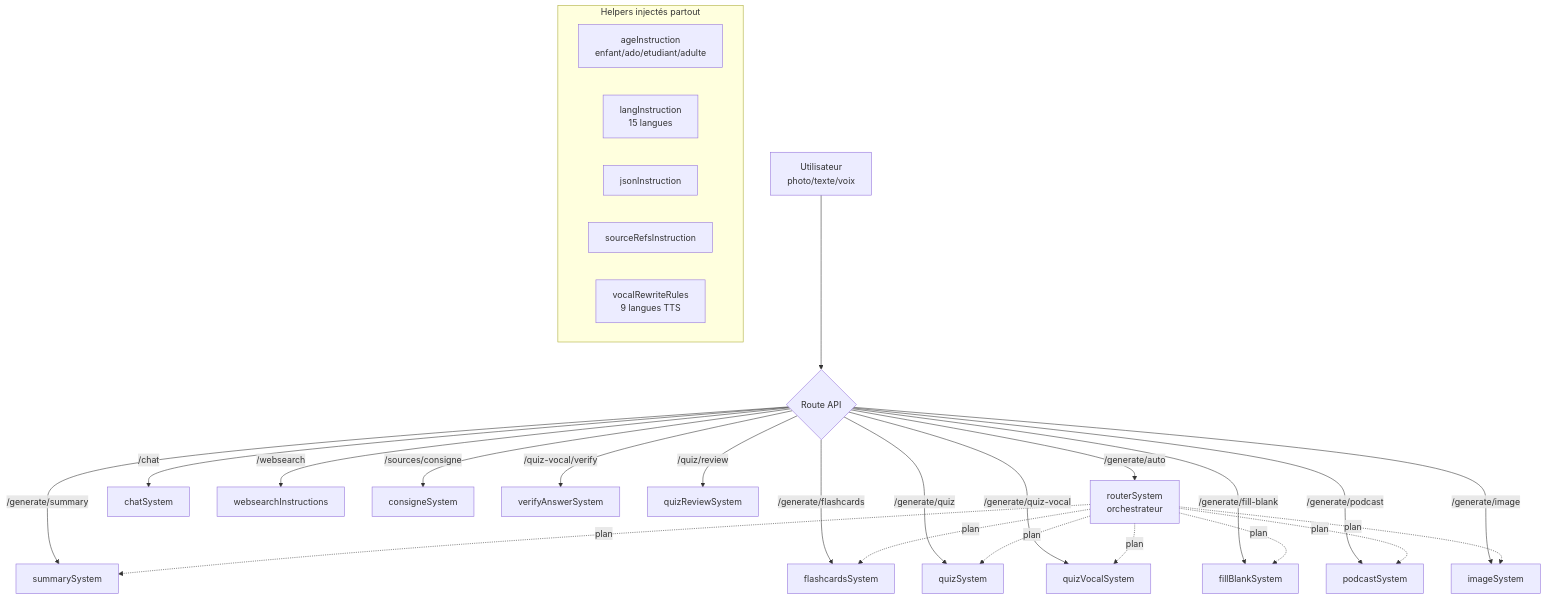
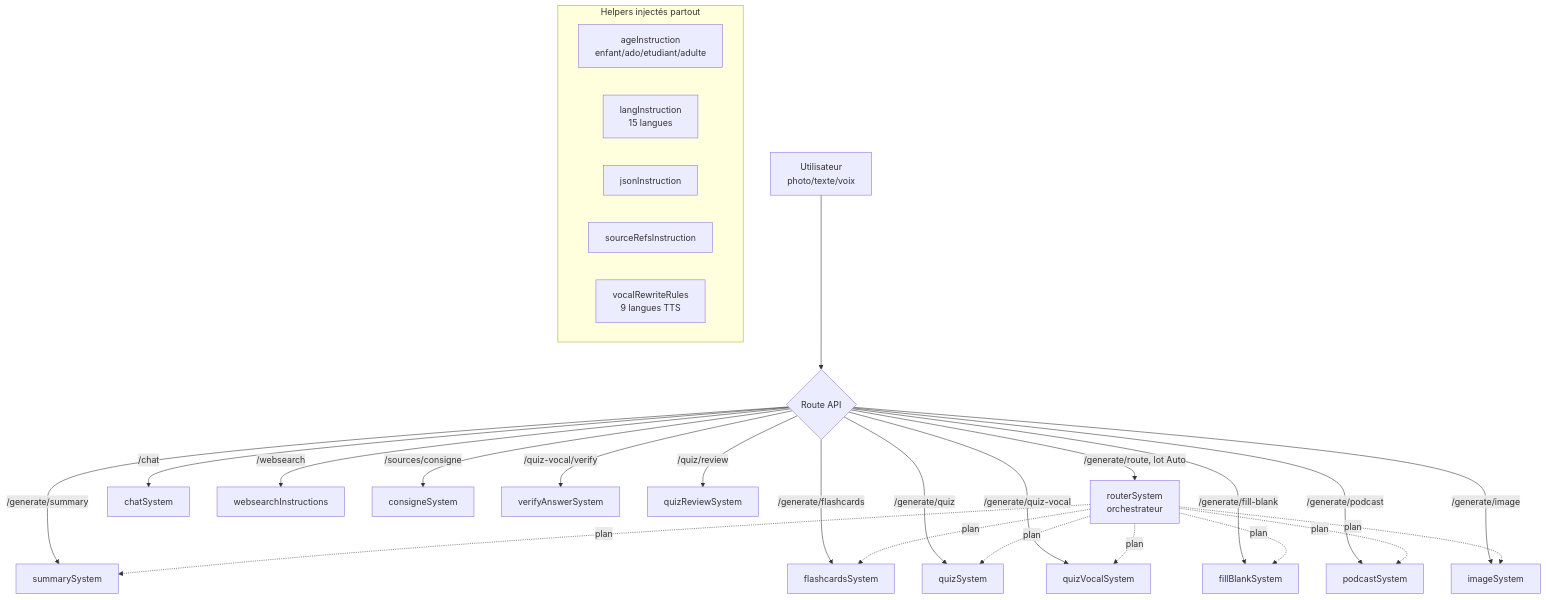
Before and after one commit to jls42/EurekAI: the first of 4 diagrams in docs/prompts.md, drawn with Mermaid. The commit also changed other lines of this file and 38 other files, not shown here.

First line of the commit message:
feat(auto): orchestrateur des lots Auto côté serveur, et fin de POST /generate/auto (#122)

````diff
--- a/docs/prompts.md
+++ b/docs/prompts.md
@@ -7,34 +7,34 @@
 ```mermaid
 flowchart TD
     User[Utilisateur<br/>photo/texte/voix] --> Route{Route API}
 
-    Route -->|/generate/auto| Router[routerSystem<br/>orchestrateur]
+    Route -->|/generate/route, lot Auto| Router[routerSystem<br/>orchestrateur]
     Route -->|/generate/summary| Summary[summarySystem]
     Route -->|/generate/flashcards| Flash[flashcardsSystem]
     Route -->|/generate/quiz| Quiz[quizSystem]
     Route -->|/generate/quiz-vocal| QVocal[quizVocalSystem]
     Route -->|/generate/fill-blank| Fill[fillBlankSystem]
     Route -->|/generate/podcast| Pod[podcastSystem]
     Route -->|/generate/image| Img[imageSystem]
     Route -->|/chat| Chat[chatSystem]
     Route -->|/websearch| Web[websearchInstructions]
     Route -->|/sources/consigne| Cons[consigneSystem]
     Route -->|/quiz-vocal/verify| Verify[verifyAnswerSystem]
     Route -->|/quiz/review| Review[quizReviewSystem]
 
     Router -.plan.-> Summary
     Router -.plan.-> Flash
     Router -.plan.-> Quiz
     Router -.plan.-> QVocal
     Router -.plan.-> Fill
     Router -.plan.-> Pod
     Router -.plan.-> Img
 
     subgraph Helpers[Helpers injectés partout]
         Age[ageInstruction<br/>enfant/ado/etudiant/adulte]
         Lang[langInstruction<br/>15 langues]
         Json[jsonInstruction]
         Src[sourceRefsInstruction]
         VRR[vocalRewriteRules<br/>9 langues TTS]
     end
 ```
````
